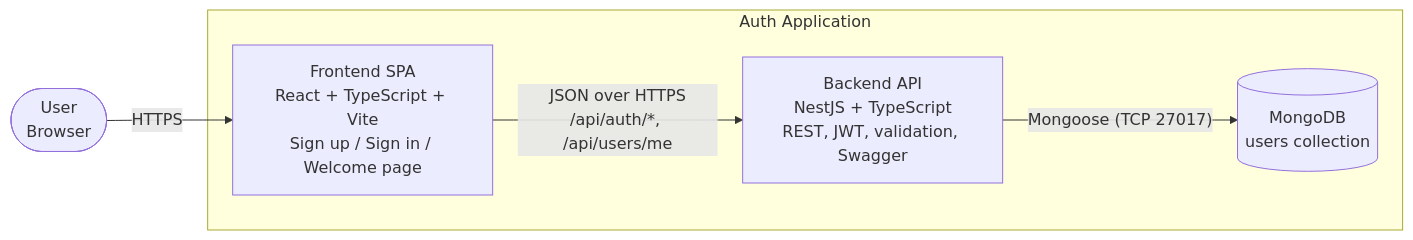
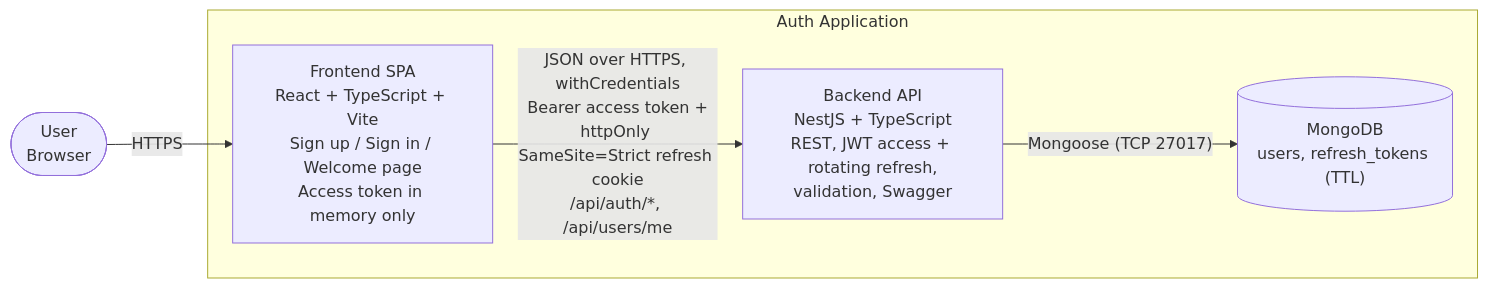
One commit to Rowan-habashy/easyGenerator-auth changed the diagram in docs/architecture/c2-container.md. Above: the diagram before and after it, drawn with Mermaid. The commit also changed other lines of this file and 5 other files, not shown here.

````diff
--- a/docs/architecture/c2-container.md
+++ b/docs/architecture/c2-container.md
@@ -3,14 +3,14 @@
 ```mermaid
 flowchart LR
     user([User<br/>Browser])
 
     subgraph system[Auth Application]
-        spa["Frontend SPA<br/>React + TypeScript + Vite<br/>Sign up / Sign in / Welcome page"]
-        api["Backend API<br/>NestJS + TypeScript<br/>REST, JWT, validation, Swagger"]
-        db[("MongoDB<br/>users collection")]
+        spa["Frontend SPA<br/>React + TypeScript + Vite<br/>Sign up / Sign in / Welcome page<br/>Access token in memory only"]
+        api["Backend API<br/>NestJS + TypeScript<br/>REST, JWT access + rotating refresh,<br/>validation, Swagger"]
+        db[("MongoDB<br/>users, refresh_tokens (TTL)")]
     end
 
     user -- "HTTPS" --> spa
-    spa -- "JSON over HTTPS<br/>/api/auth/*, /api/users/me" --> api
+    spa -- "JSON over HTTPS, withCredentials<br/>Bearer access token +<br/>httpOnly SameSite=Strict refresh cookie<br/>/api/auth/*, /api/users/me" --> api
     api -- "Mongoose (TCP 27017)" --> db
 ```
````
